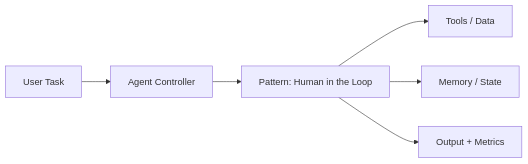
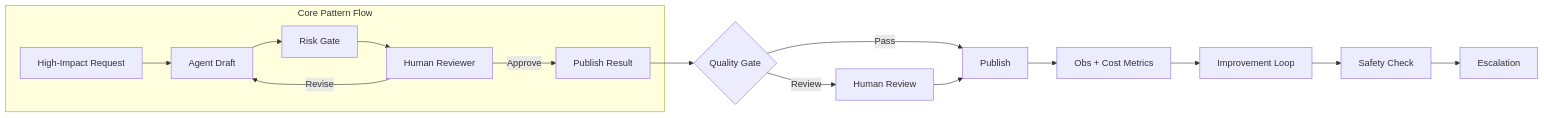
Before and after one commit to vivekreeves/agentic-design-patterns-lab: the diagram in notebooks/level_03_reliability_and_knowledge/13_human_in_the_loop_architecture.md, drawn with Mermaid. The commit also changed 71 other files, not shown here.

````diff
--- a/notebooks/level_03_reliability_and_knowledge/13_human_in_the_loop_architecture.md
+++ b/notebooks/level_03_reliability_and_knowledge/13_human_in_the_loop_architecture.md
@@ -5,8 +5,18 @@
 ```mermaid
 flowchart LR
-  Q[User Task] --> A[Agent Controller]
-  A --> P[Pattern: Human in the Loop]
-  P --> T[Tools / Data]
-  P --> M[Memory / State]
-  P --> O[Output + Metrics]
+  subgraph CoreFlow[Core Pattern Flow]
+    Q[High-Impact Request] --> D[Agent Draft]
+    D --> RG[Risk Gate]
+    RG --> H[Human Reviewer]
+    H -->|Approve| P[Publish Result]
+    H -->|Revise| D
+  end
+  P --> QG{Quality Gate}
+  QG -->|Pass| PUB[Publish]
+  QG -->|Review| HREV[Human Review]
+  HREV --> PUB
+  PUB --> OBS[Obs + Cost Metrics]
+  OBS --> LOOP[Improvement Loop]
+  LOOP --> SAFE[Safety Check]
+  SAFE --> ESC[Escalation]
 ```
````
